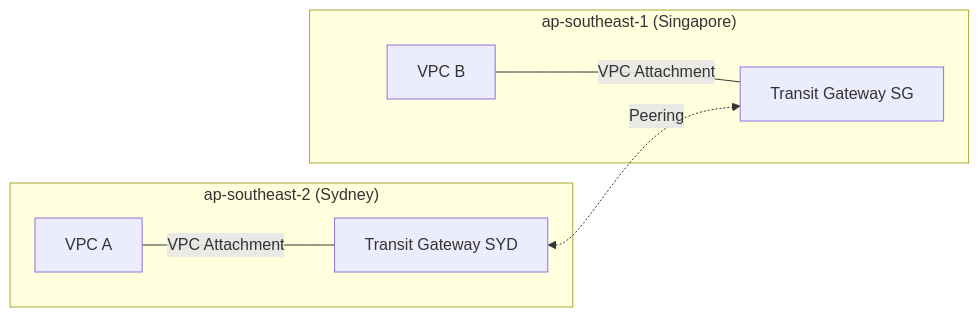
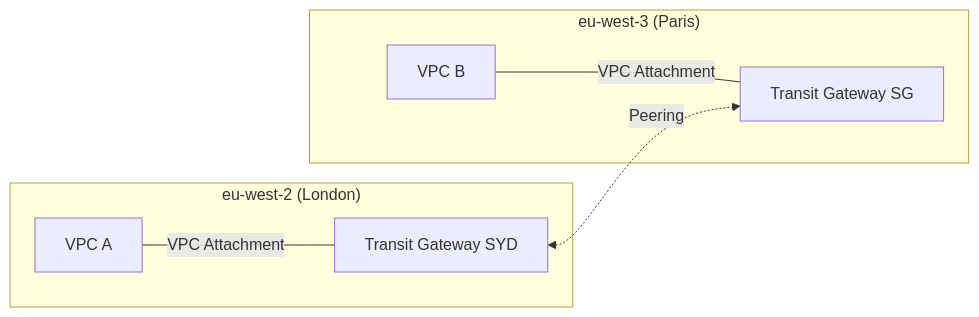
Before and after one commit to mattenarle10/tgw-poc: the diagram in README.md, drawn with Mermaid. The commit also changed other lines of this file and 3 other files, not shown here.

Commit message:
feat(terraform): switch regions to eu-west-2 and eu-west-3; update names and diagram labels

````diff
--- a/README.md
+++ b/README.md
@@ -14,16 +14,16 @@
 ```mermaid
 flowchart LR
-  subgraph SYD["ap-southeast-2 (Sydney)"]
+  subgraph EUW2["eu-west-2 (London)"]
     A[VPC A]
     TGW1[Transit Gateway SYD]
     A ---|VPC Attachment| TGW1
   end
 
-  subgraph SIN["ap-southeast-1 (Singapore)"]
+  subgraph EUW3["eu-west-3 (Paris)"]
     B[VPC B]
     TGW2[Transit Gateway SG]
     B ---|VPC Attachment| TGW2
   end
 
   TGW1 <-. Peering .-> TGW2
 ```
````
